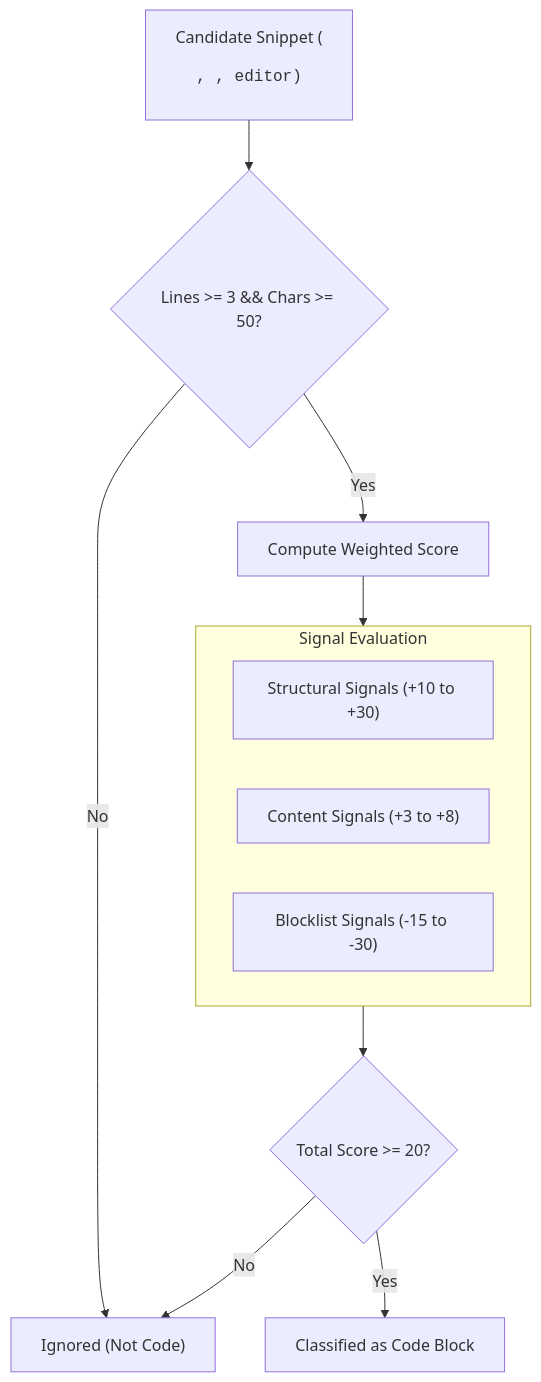
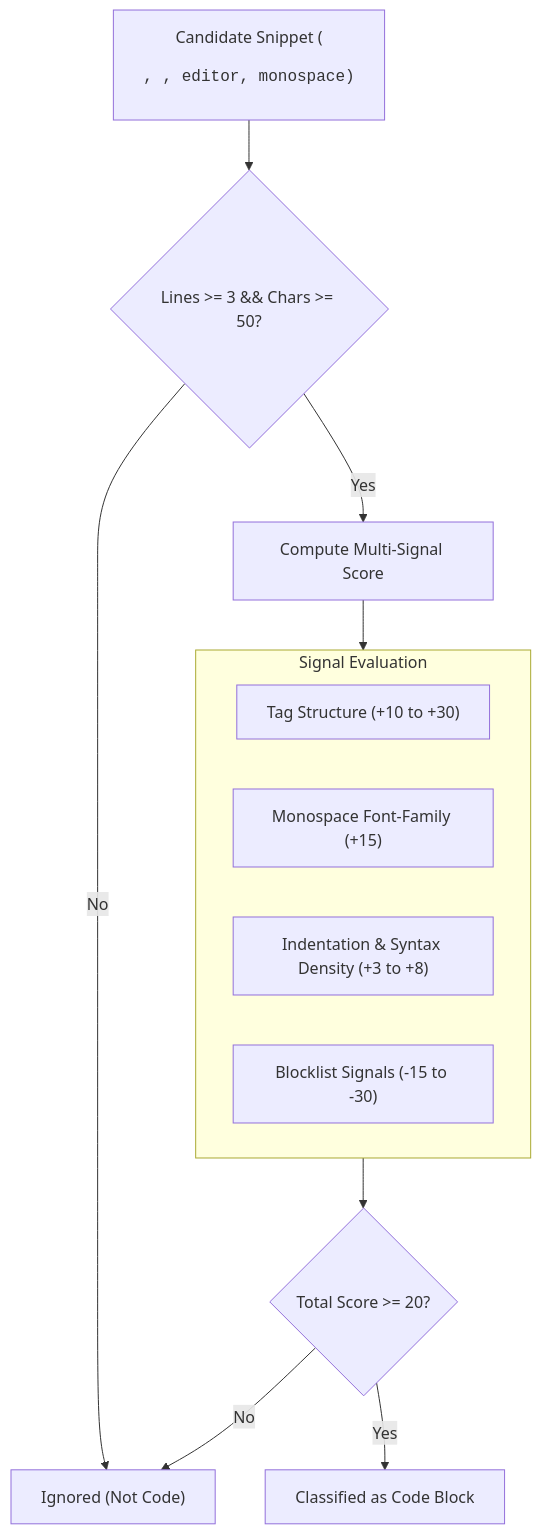
The first of 2 diagrams in README.md (SiddheshK1704/Xplainify), drawn with Mermaid before and after one commit. The commit also changed other lines of this file, not shown here.

````diff
--- a/README.md
+++ b/README.md
@@ -71,17 +70,18 @@
 ```mermaid
 flowchart TD
-    Candidate["Candidate Snippet (<pre>, <code>, editor)"] --> QuickCheck{"Lines >= 3 && Chars >= 50?"}
+    Candidate["Candidate Snippet (<pre>, <code>, editor, monospace)"] --> QuickCheck{"Lines >= 3 && Chars >= 50?"}
     QuickCheck -- No --> Reject["Ignored (Not Code)"]
-    QuickCheck -- Yes --> Score["Compute Weighted Score"]
+    QuickCheck -- Yes --> Score["Compute Multi-Signal Score"]
     
     subgraph ScoringSignals ["Signal Evaluation"]
-        Structural["Structural Signals (+10 to +30)"]
-        Content["Content Signals (+3 to +8)"]
+        Structural["Tag Structure (+10 to +30)"]
+        Monospace["Monospace Font-Family (+15)"]
+        Content["Indentation & Syntax Density (+3 to +8)"]
         Blocklist["Blocklist Signals (-15 to -30)"]
     end
     
     Score --> ScoringSignals
     ScoringSignals --> Threshold{"Total Score >= 20?"}
     Threshold -- Yes --> Accept["Classified as Code Block"]
     Threshold -- No --> Reject
 ```
````
